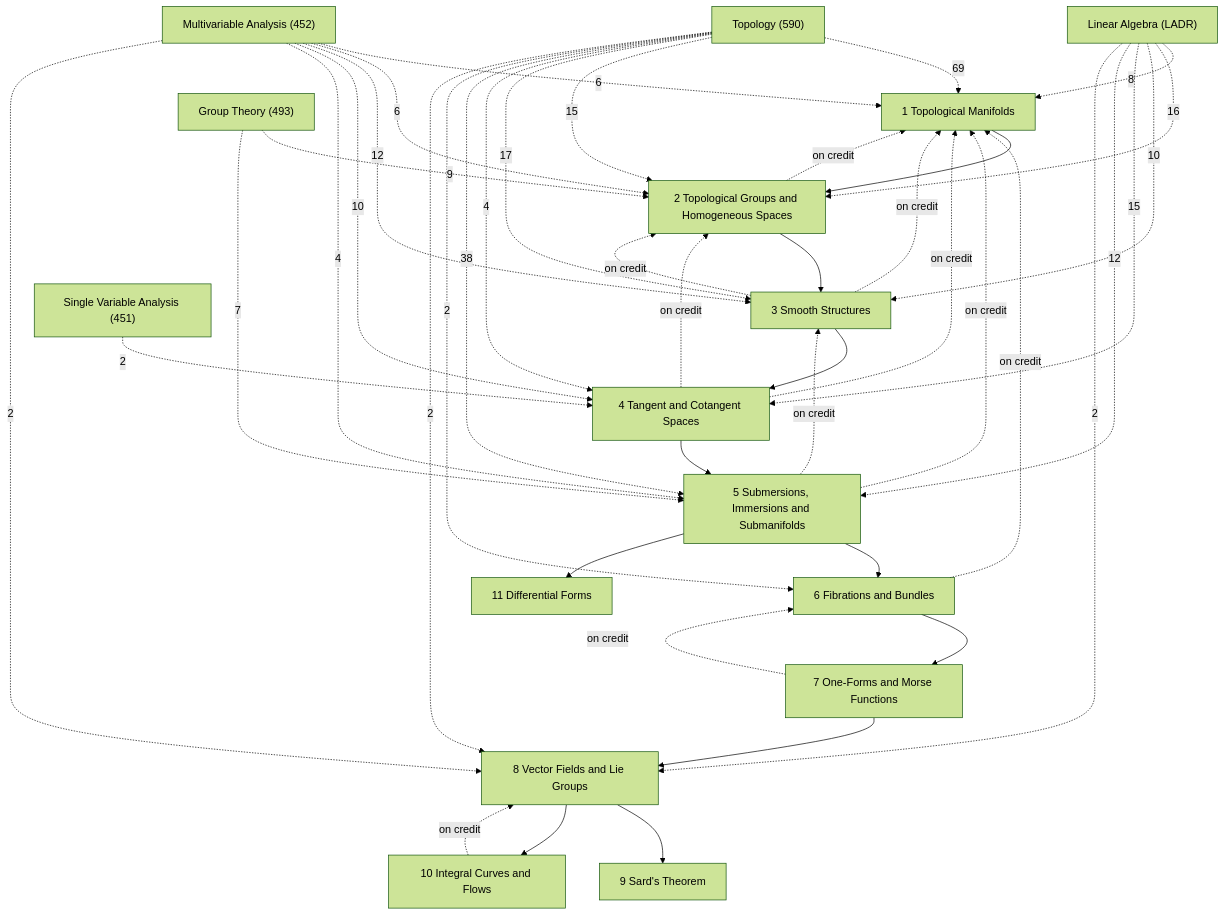
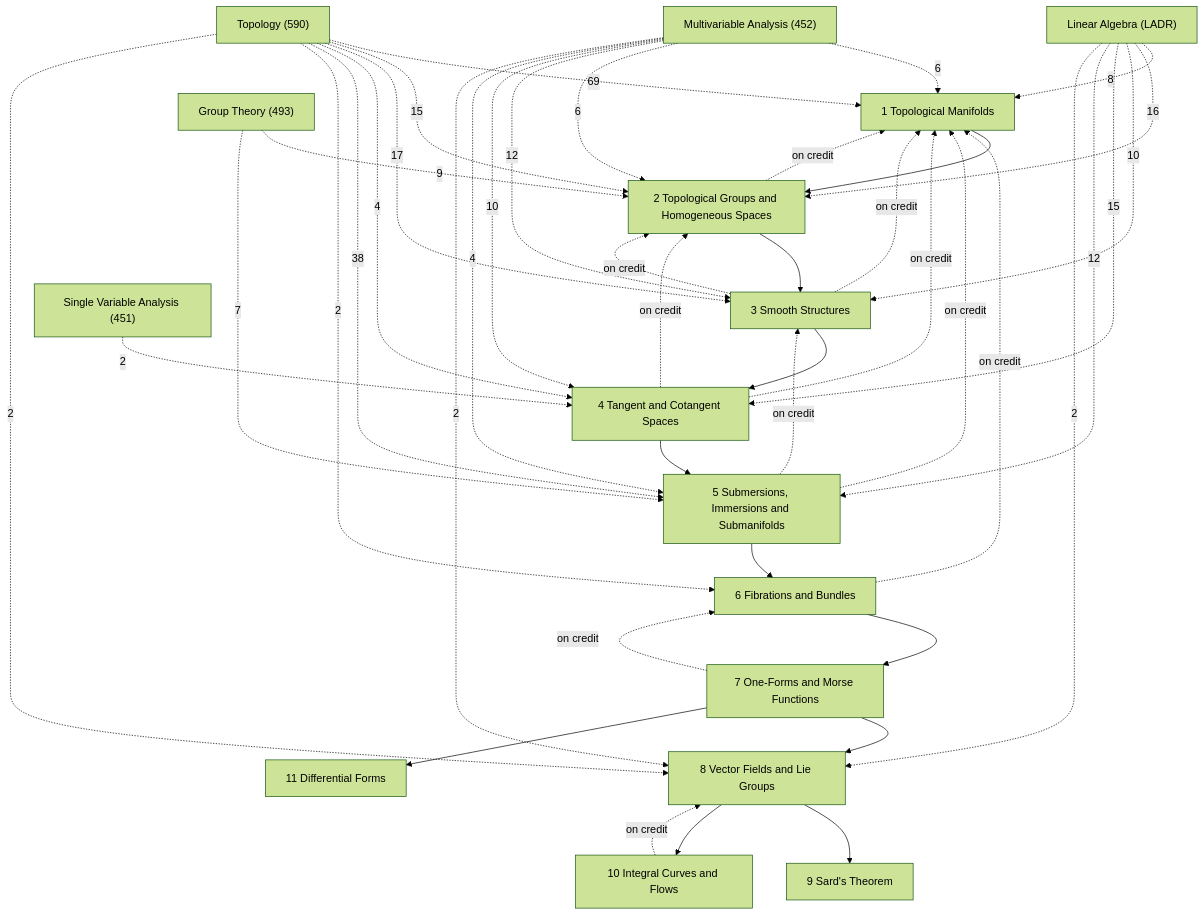
One commit to Onion20040508/notes changed the diagram in Math/Differentiable Manifolds/Differentiable Manifolds.md. Above: the diagram before and after it, drawn with Mermaid (forest theme). The commit also changed other lines of this file and 23 other files, not shown here.

````diff
--- a/Math/Differentiable Manifolds/Differentiable Manifolds.md
+++ b/Math/Differentiable Manifolds/Differentiable Manifolds.md
@@ -27,61 +27,61 @@
 ```mermaid
 graph TD
   C1["1 Topological Manifolds"]
   C2["2 Topological Groups and Homogeneous Spaces"]
   C3["3 Smooth Structures"]
   C4["4 Tangent and Cotangent Spaces"]
   C5["5 Submersions, Immersions and Submanifolds"]
   C6["6 Fibrations and Bundles"]
   C7["7 One-Forms and Morse Functions"]
   C8["8 Vector Fields and Lie Groups"]
   C9["9 Sard's Theorem"]
   C10["10 Integral Curves and Flows"]
   C11["11 Differential Forms"]
   X1["Topology (590)"]
   X2["Multivariable Analysis (452)"]
   X3["Linear Algebra (LADR)"]
   X4["Group Theory (493)"]
   X5["Single Variable Analysis (451)"]
   C1 --> C2
   C2 --> C3
   C3 --> C4
   C4 --> C5
   C5 --> C6
-  C5 --> C11
   C6 --> C7
   C7 --> C8
+  C7 --> C11
   C8 --> C9
   C8 --> C10
   C2 -.->|on credit| C1
   C3 -.->|on credit| C1
   C3 -.->|on credit| C2
   C4 -.->|on credit| C1
   C4 -.->|on credit| C2
   C5 -.->|on credit| C1
   C5 -.->|on credit| C3
   C6 -.->|on credit| C1
   C7 -.->|on credit| C6
   C10 -.->|on credit| C8
   X4 -.->|9| C2
   X4 -.->|7| C5
   X3 -.->|8| C1
   X3 -.->|16| C2
   X3 -.->|10| C3
   X3 -.->|15| C4
   X3 -.->|12| C5
   X3 -.->|2| C8
   X2 -.->|6| C1
   X2 -.->|6| C2
   X2 -.->|12| C3
   X2 -.->|10| C4
   X2 -.->|4| C5
   X2 -.->|2| C8
   X5 -.->|2| C4
   X1 -.->|69| C1
   X1 -.->|15| C2
   X1 -.->|17| C3
   X1 -.->|4| C4
   X1 -.->|38| C5
   X1 -.->|2| C6
   X1 -.->|2| C8
 ```
````
